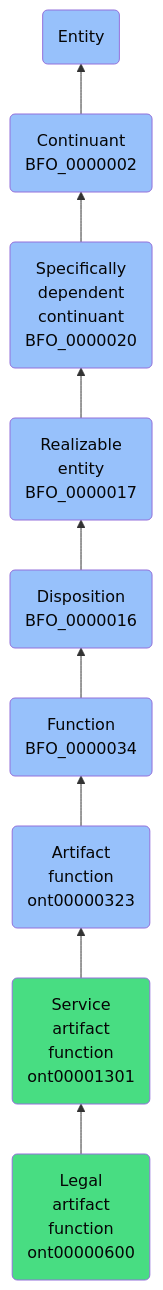
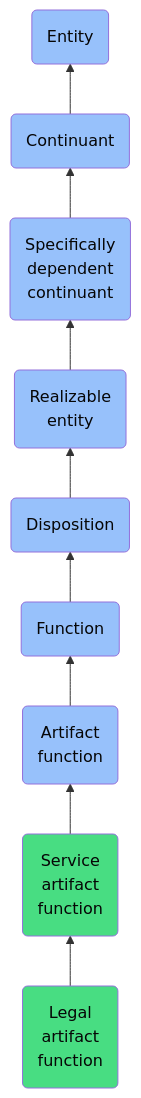
The diagram in docs/ontology/reference/model/Entity/Continuant/Specifically dependent continuant/Realizable entity/Disposition/Function/Artifact function/Service artifact function/Legal artifact function/Legal artifact function.md (jupyter-naas/abi), drawn with Mermaid before and after one commit. The commit also changed other lines of this file and 1430 other files, not shown here.

````diff
--- a/docs/ontology/reference/model/Entity/Continuant/Specifically dependent continuant/Realizable entity/Disposition/Function/Artifact function/Service artifact function/Legal artifact function/Legal artifact function.md
+++ b/docs/ontology/reference/model/Entity/Continuant/Specifically dependent continuant/Realizable entity/Disposition/Function/Artifact function/Service artifact function/Legal artifact function/Legal artifact function.md
@@ -24,16 +24,16 @@
 ```mermaid
 graph BT
-    ont00000600(Legal<br>artifact<br>function<br>ont00000600):::ABI-->ont00001301
-    ont00001301(Service<br>artifact<br>function<br>ont00001301):::ABI-->ont00000323
-    ont00000323(Artifact<br>function<br>ont00000323):::BFO-->BFO_0000034
-    BFO_0000034(Function<br>BFO_0000034):::BFO-->BFO_0000016
-    BFO_0000016(Disposition<br>BFO_0000016):::BFO-->BFO_0000017
-    BFO_0000017(Realizable<br>entity<br>BFO_0000017):::BFO-->BFO_0000020
-    BFO_0000020(Specifically<br>dependent<br>continuant<br>BFO_0000020):::BFO-->BFO_0000002
-    BFO_0000002(Continuant<br>BFO_0000002):::BFO-->BFO_0000001
+    ont00000600(Legal<br>artifact<br>function):::ABI-->ont00001301
+    ont00001301(Service<br>artifact<br>function):::ABI-->ont00000323
+    ont00000323(Artifact<br>function):::BFO-->BFO_0000034
+    BFO_0000034(Function):::BFO-->BFO_0000016
+    BFO_0000016(Disposition):::BFO-->BFO_0000017
+    BFO_0000017(Realizable<br>entity):::BFO-->BFO_0000020
+    BFO_0000020(Specifically<br>dependent<br>continuant):::BFO-->BFO_0000002
+    BFO_0000002(Continuant):::BFO-->BFO_0000001
     BFO_0000001(Entity):::BFO
     
     classDef BFO fill:#97c1fb,color:#060606
     classDef CCO fill:#e4c51e,color:#060606
     classDef ABI fill:#48DD82,color:#060606
 ```
````
